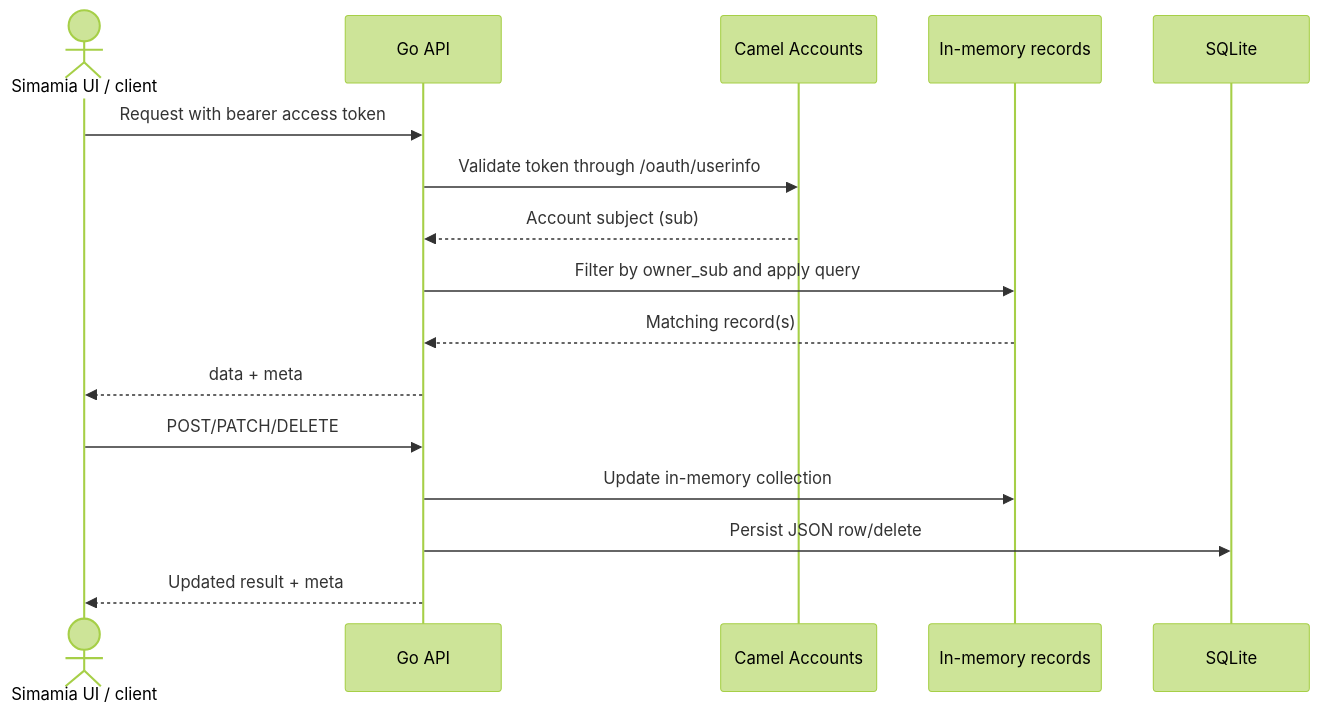
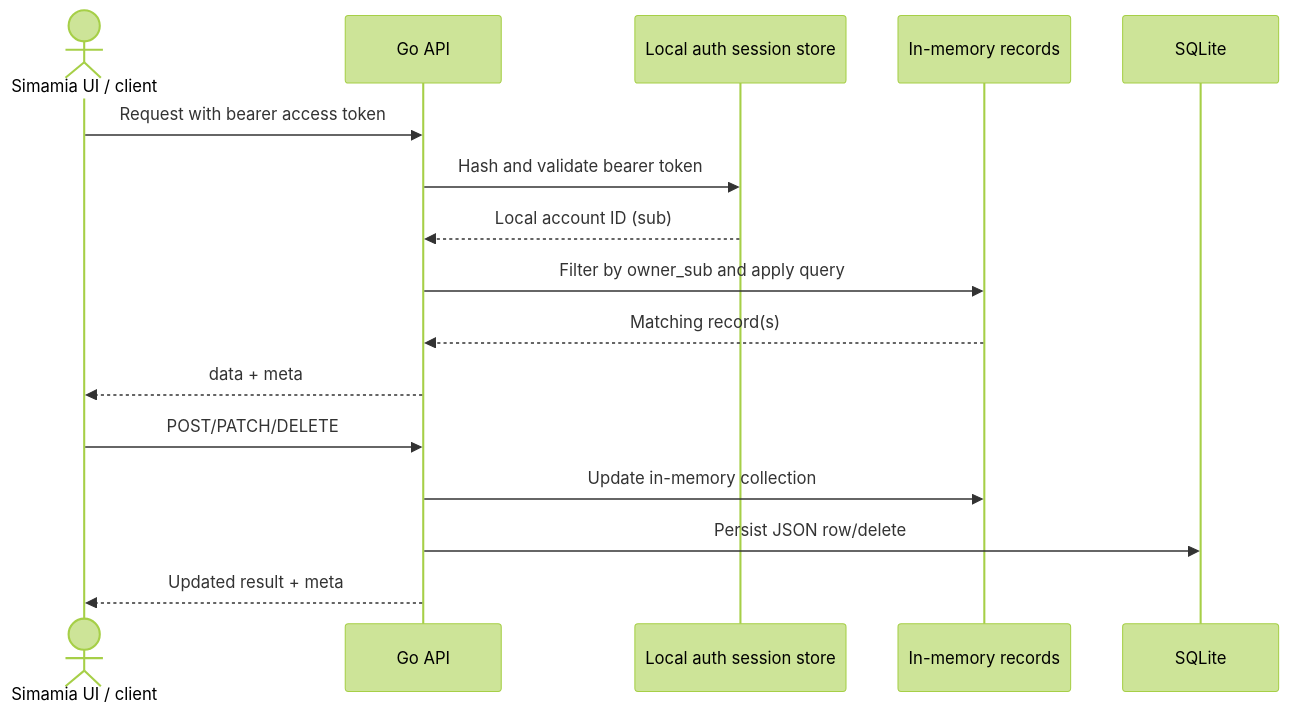
One commit to troubleman96/simamia-opensource changed the diagram in docs-site/app/concepts/data-model/page.mdx. Above: the diagram before and after it, drawn with Mermaid (forest theme). The commit also changed other lines of this file and 53 other files, not shown here.

Commit message:
feat: replace Camel auth with local accounts

````diff
--- a/docs-site/app/concepts/data-model/page.mdx
+++ b/docs-site/app/concepts/data-model/page.mdx
@@ -60,18 +60,18 @@
 ```mermaid
 sequenceDiagram
   actor UI as Simamia UI / client
   participant API as Go API
-  participant Auth as Camel Accounts
+  participant Auth as Local auth session store
   participant Mem as In-memory records
   participant SQL as SQLite
   UI->>API: Request with bearer access token
-  API->>Auth: Validate token through /oauth/userinfo
-  Auth-->>API: Account subject (sub)
+  API->>Auth: Hash and validate bearer token
+  Auth-->>API: Local account ID (sub)
   API->>Mem: Filter by owner_sub and apply query
   Mem-->>API: Matching record(s)
   API-->>UI: data + meta
   UI->>API: POST/PATCH/DELETE
   API->>Mem: Update in-memory collection
   API->>SQL: Persist JSON row/delete
   API-->>UI: Updated result + meta
 ```
````
